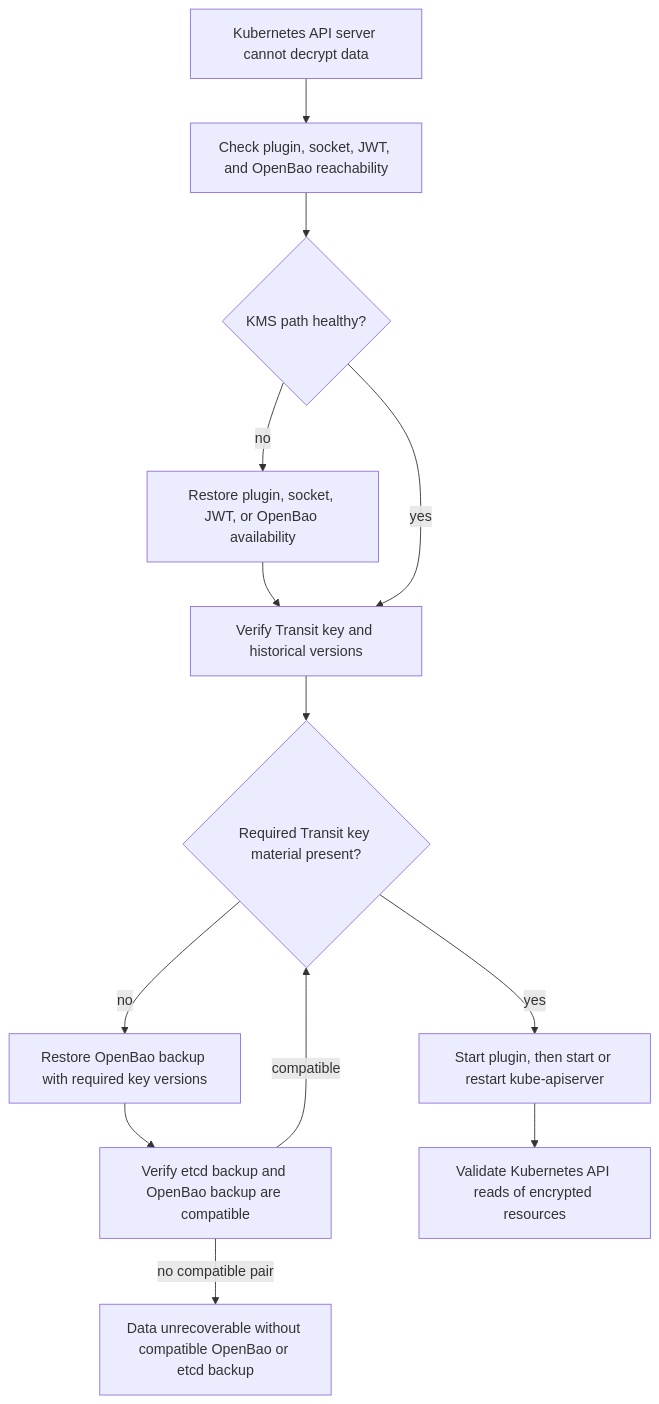
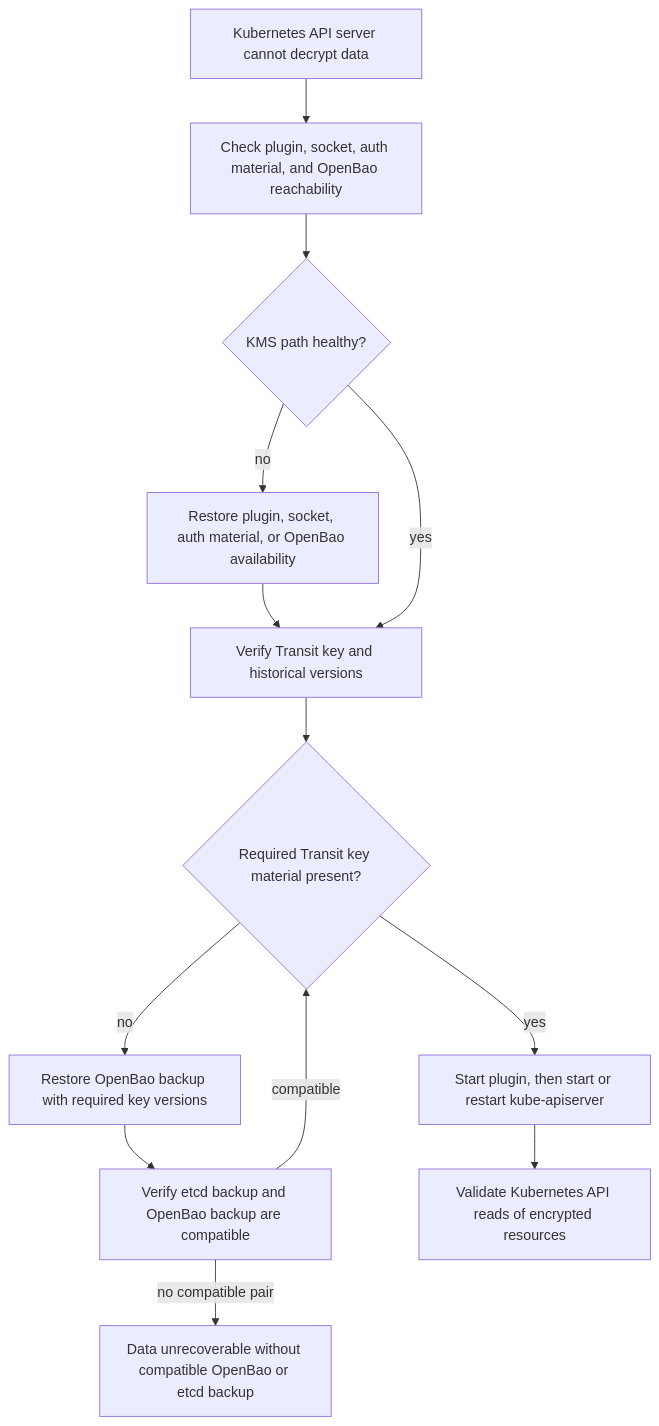
The diagram in docs/operations/disaster-recovery.md (dc-tec/openbao-kubernetes-kms), drawn with Mermaid before and after one commit. The commit also changed other lines of this file and 30 other files, not shown here.

````diff
--- a/docs/operations/disaster-recovery.md
+++ b/docs/operations/disaster-recovery.md
@@ -25,26 +25,26 @@
 ```mermaid
 flowchart TD
     Incident["Kubernetes API server cannot decrypt data"]
-    CheckKMS["Check plugin, socket, JWT, and OpenBao reachability"]
+    CheckKMS["Check plugin, socket, auth material, and OpenBao reachability"]
     KMSHealthy{"KMS path healthy?"}
-    RestoreRuntime["Restore plugin, socket, JWT, or OpenBao availability"]
+    RestoreRuntime["Restore plugin, socket, auth material, or OpenBao availability"]
     CheckKey["Verify Transit key and historical versions"]
     KeyPresent{"Required Transit key material present?"}
     RestoreBao["Restore OpenBao backup with required key versions"]
     CheckPair["Verify etcd backup and OpenBao backup are compatible"]
     StartAPI["Start plugin, then start or restart kube-apiserver"]
     Validate["Validate Kubernetes API reads of encrypted resources"]
     DataLoss["Data unrecoverable without compatible OpenBao or etcd backup"]
 
     Incident --> CheckKMS --> KMSHealthy
     KMSHealthy -->|no| RestoreRuntime
     RestoreRuntime --> CheckKey
     KMSHealthy -->|yes| CheckKey
     CheckKey --> KeyPresent
     KeyPresent -->|yes| StartAPI
     StartAPI --> Validate
     KeyPresent -->|no| RestoreBao
     RestoreBao --> CheckPair
     CheckPair -->|compatible| KeyPresent
     CheckPair -->|no compatible pair| DataLoss
 ```
````
